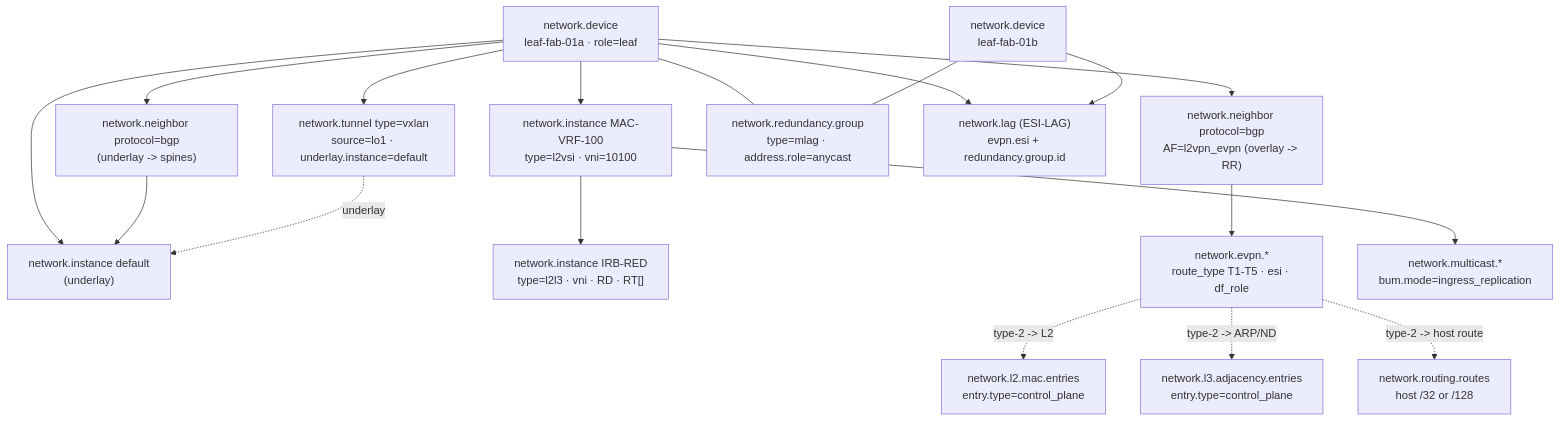
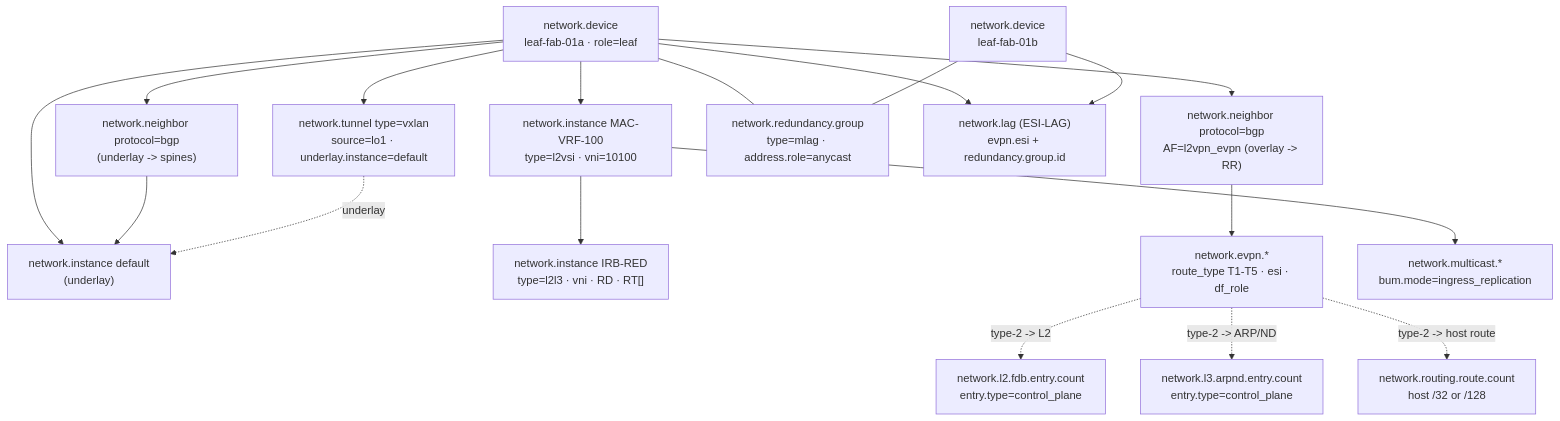
The first of 2 diagrams in examples/dc-fabric/README.md (jksmth/semantic-conventions-network), drawn with Mermaid before and after one commit. The commit also changed other lines of this file and 297 other files, not shown here.

````diff
--- a/examples/dc-fabric/README.md
+++ b/examples/dc-fabric/README.md
@@ -62,38 +62,38 @@
 ```mermaid
 graph TD
     LEAF["network.device<br/>leaf-fab-01a · role=leaf"]
     PEER["network.device<br/>leaf-fab-01b"]
 
     INSTD["network.instance default<br/>(underlay)"]
     MACVRF["network.instance MAC-VRF-100<br/>type=l2vsi · vni=10100"]
     IRB["network.instance IRB-RED<br/>type=l2l3 · vni · RD · RT[]"]
 
     NBRU["network.neighbor protocol=bgp<br/>(underlay -> spines)"]
     NBRO["network.neighbor protocol=bgp<br/>AF=l2vpn_evpn (overlay -> RR)"]
     EVPN["network.evpn.*<br/>route_type T1-T5 · esi · df_role"]
 
     VTEP["network.tunnel type=vxlan<br/>source=lo1 · underlay.instance=default"]
 
-    MACT["network.l2.mac.entries<br/>entry.type=control_plane"]
-    ADJ["network.l3.adjacency.entries<br/>entry.type=control_plane"]
-    RT["network.routing.routes<br/>host /32 or /128"]
+    MACT["network.l2.fdb.entry.count<br/>entry.type=control_plane"]
+    ADJ["network.l3.arpnd.entry.count<br/>entry.type=control_plane"]
+    RT["network.routing.route.count<br/>host /32 or /128"]
 
     REDUN["network.redundancy.group<br/>type=mlag · address.role=anycast"]
     ESILAG["network.lag (ESI-LAG)<br/>evpn.esi + redundancy.group.id"]
     BUM["network.multicast.*<br/>bum.mode=ingress_replication"]
 
     LEAF --> INSTD
     LEAF --> MACVRF --> IRB
     LEAF --> NBRU --> INSTD
     LEAF --> NBRO --> EVPN
     LEAF --> VTEP
     VTEP -. underlay .-> INSTD
     EVPN -. "type-2 -> L2" .-> MACT
     EVPN -. "type-2 -> ARP/ND" .-> ADJ
     EVPN -. "type-2 -> host route" .-> RT
     LEAF --- REDUN
     PEER --- REDUN
     LEAF --> ESILAG
     PEER --> ESILAG
     MACVRF --> BUM
 ```
````
